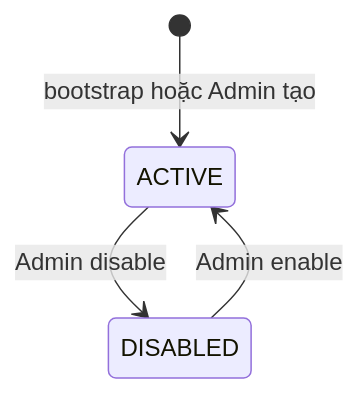
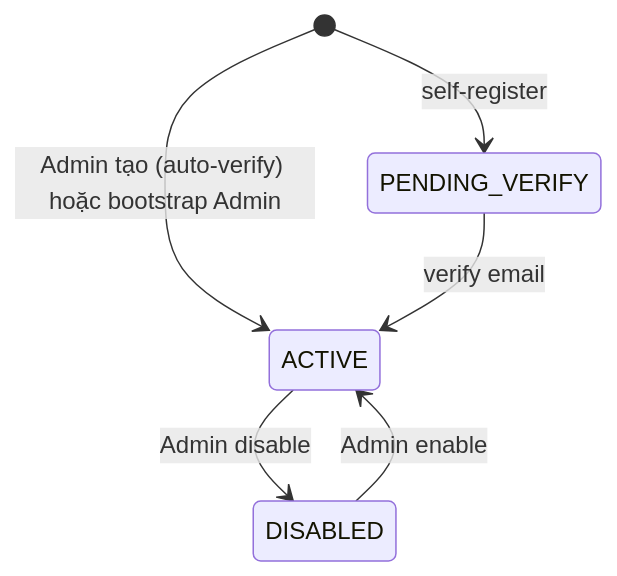
Before and after one commit to vandunxg/file_processing: the second of 6 diagrams in docs/specs/auth-module-requirements.md, drawn with Mermaid. The commit also changed other lines of this file and 8 other files, not shown here.

````diff
--- a/docs/specs/auth-module-requirements.md
+++ b/docs/specs/auth-module-requirements.md
@@ -723,6 +1089,8 @@
 ```mermaid
 stateDiagram-v2
-    [*] --> ACTIVE: bootstrap hoặc Admin tạo
+    [*] --> PENDING_VERIFY: self-register
+    [*] --> ACTIVE: Admin tạo (auto-verify) hoặc bootstrap Admin
+    PENDING_VERIFY --> ACTIVE: verify email
     ACTIVE --> DISABLED: Admin disable
     DISABLED --> ACTIVE: Admin enable
 ```
````
